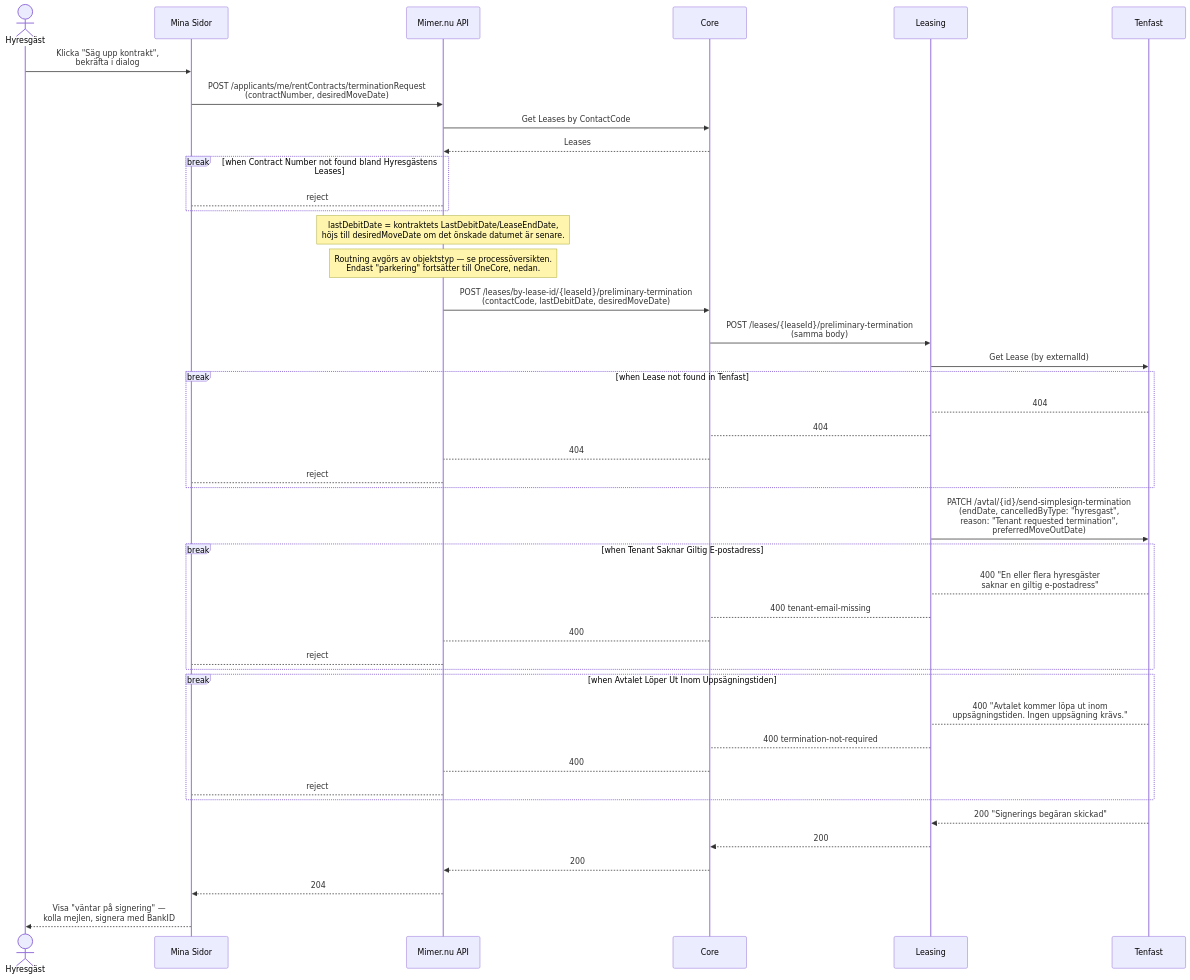
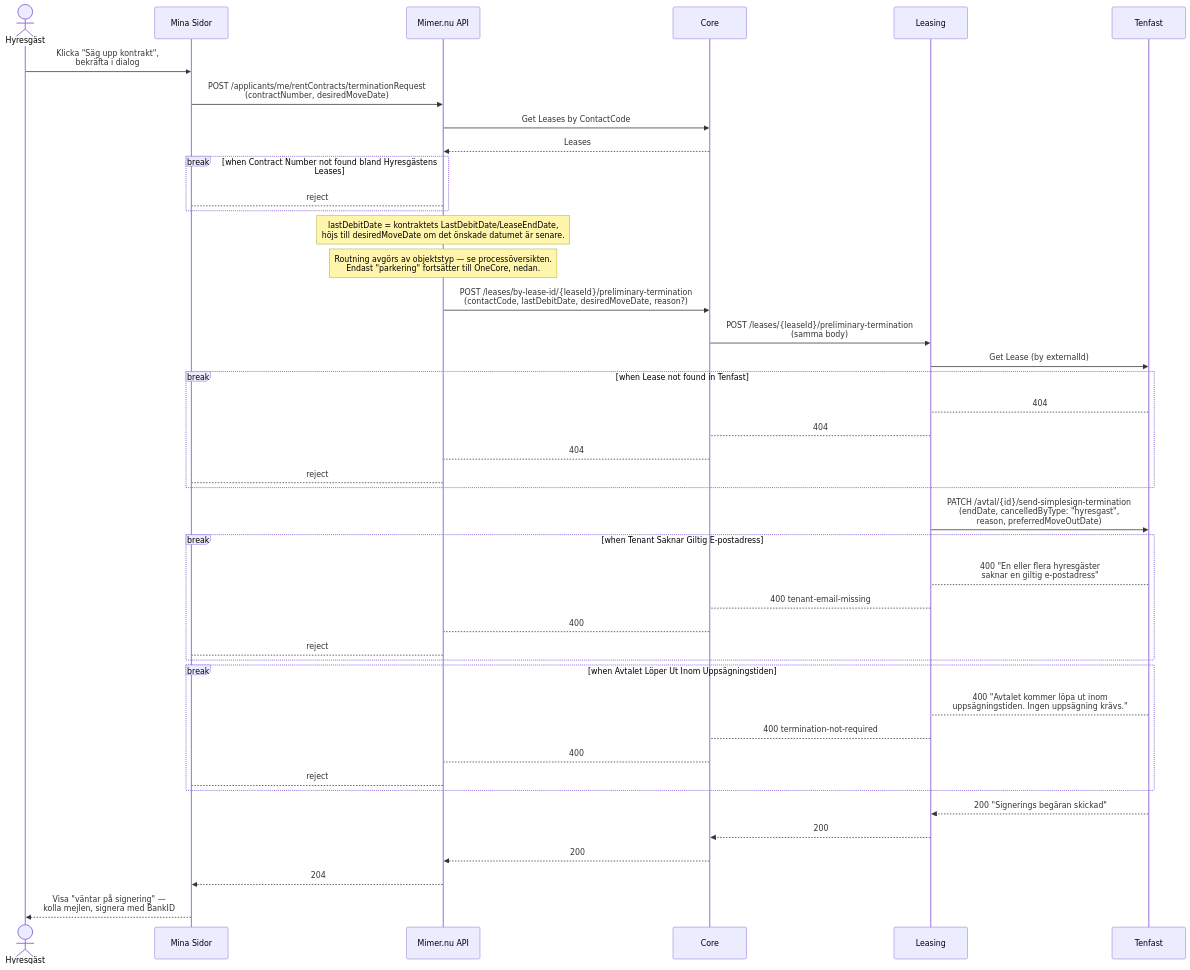
Before and after one commit to Bostads-AB-Mimer/onecore: the second of 2 diagrams in core/src/processes/leasetermination/DOCS_Preliminary_Terminate_Lease.md, drawn with Mermaid. The commit also changed other lines of this file and 6 other files, not shown here.

First line of the commit message:
feat(leasing): optional reason for tenant termination (AVTAL-465)

````diff
--- a/core/src/processes/leasetermination/DOCS_Preliminary_Terminate_Lease.md
+++ b/core/src/processes/leasetermination/DOCS_Preliminary_Terminate_Lease.md
@@ -36,57 +36,57 @@
 ```mermaid
 sequenceDiagram
     actor Tenant as Hyresgäst
     participant MinaSidor as Mina Sidor
     participant MimerAPI as Mimer.nu API
     participant Core as Core
     participant Leasing as Leasing
     participant Tenfast as Tenfast
 
     Tenant ->> MinaSidor: Klicka "Säg upp kontrakt",<br/>bekräfta i dialog
     MinaSidor ->> MimerAPI: POST /applicants/me/rentContracts/terminationRequest<br/>(contractNumber, desiredMoveDate)
 
     MimerAPI ->> Core: Get Leases by ContactCode
     Core -->> MimerAPI: Leases
 
     break when Contract Number not found bland Hyresgästens Leases
         MimerAPI-->MinaSidor: reject
     end
 
     note over MimerAPI: lastDebitDate = kontraktets LastDebitDate/LeaseEndDate,<br/>höjs till desiredMoveDate om det önskade datumet är senare.
     note over MimerAPI: Routning avgörs av objektstyp — se processöversikten.<br/>Endast "parkering" fortsätter till OneCore, nedan.
 
-    MimerAPI ->> Core: POST /leases/by-lease-id/{leaseId}/preliminary-termination<br/>(contactCode, lastDebitDate, desiredMoveDate)
+    MimerAPI ->> Core: POST /leases/by-lease-id/{leaseId}/preliminary-termination<br/>(contactCode, lastDebitDate, desiredMoveDate, reason?)
     Core ->> Leasing: POST /leases/{leaseId}/preliminary-termination<br/>(samma body)
 
     Leasing ->> Tenfast: Get Lease (by externalId)
 
     break when Lease not found in Tenfast
         Tenfast-->Leasing: 404
         Leasing-->Core: 404
         Core-->MimerAPI: 404
         MimerAPI-->MinaSidor: reject
     end
 
-    Leasing ->> Tenfast: PATCH /avtal/{id}/send-simplesign-termination<br/>(endDate, cancelledByType: "hyresgast",<br/>reason: "Tenant requested termination",<br/>preferredMoveOutDate)
+    Leasing ->> Tenfast: PATCH /avtal/{id}/send-simplesign-termination<br/>(endDate, cancelledByType: "hyresgast",<br/>reason, preferredMoveOutDate)
 
     break when Tenant Saknar Giltig E-postadress
         Tenfast-->Leasing: 400 "En eller flera hyresgäster<br/>saknar en giltig e-postadress"
         Leasing-->Core: 400 tenant-email-missing
         Core-->MimerAPI: 400
         MimerAPI-->MinaSidor: reject
     end
 
     break when Avtalet Löper Ut Inom Uppsägningstiden
         Tenfast-->Leasing: 400 "Avtalet kommer löpa ut inom<br/>uppsägningstiden. Ingen uppsägning krävs."
         Leasing-->Core: 400 termination-not-required
         Core-->MimerAPI: 400
         MimerAPI-->MinaSidor: reject
     end
 
     Tenfast-->>Leasing: 200 "Signerings begäran skickad"
     Leasing-->>Core: 200
     Core-->>MimerAPI: 200
     MimerAPI-->>MinaSidor: 204
     MinaSidor-->>Tenant: Visa "väntar på signering" —<br/>kolla mejlen, signera med BankID
 
 ```
````
